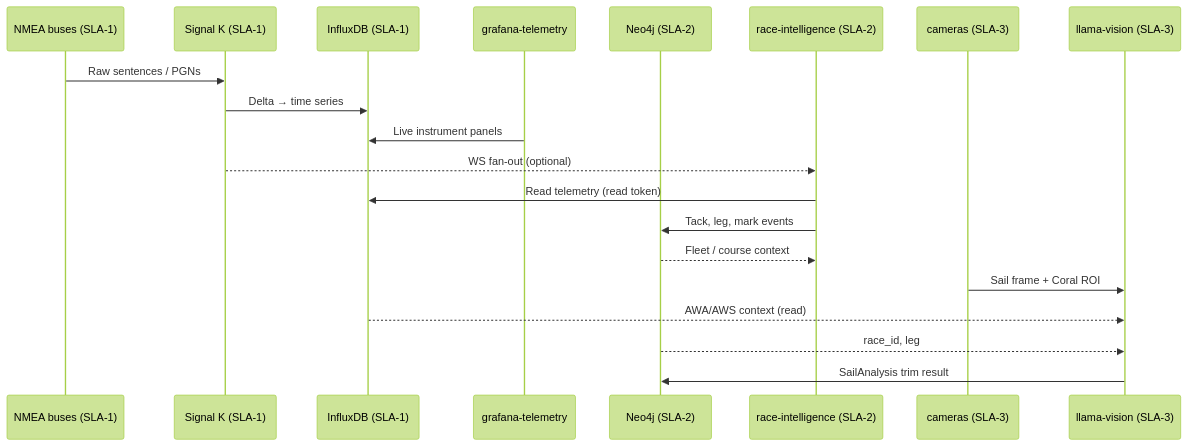
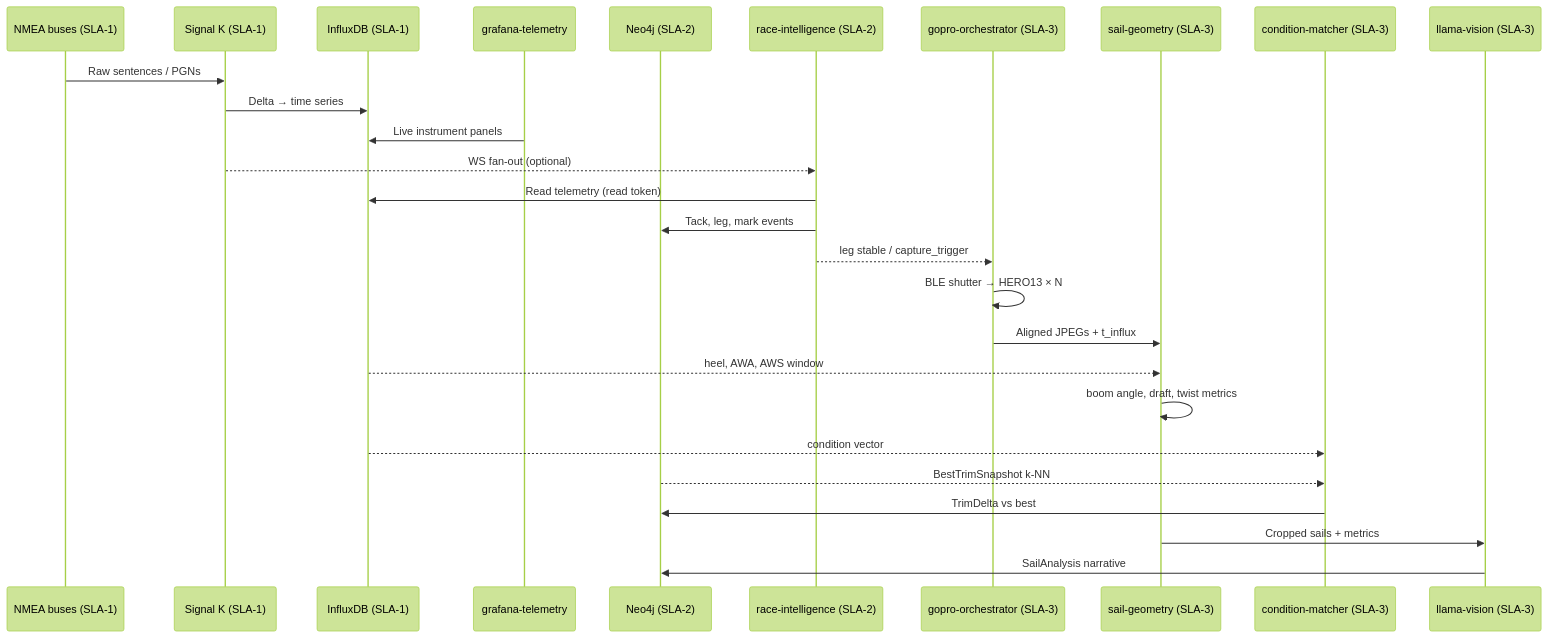
Before and after one commit to cognite-fholm/AI-sailing-system: the fifth of 12 diagrams in spec.md, drawn with Mermaid (forest theme). The commit also changed other lines of this file and 3 other files, not shown here.

First line of the commit message:
Specify GoPro HERO13 fleet capture and onshore TrimTransformer training.

````diff
--- a/spec.md
+++ b/spec.md
@@ -410,25 +436,32 @@
 ```mermaid
 sequenceDiagram
     participant N2K as NMEA buses (SLA-1)
     participant SK as Signal K (SLA-1)
     participant IFX as InfluxDB (SLA-1)
     participant G1 as grafana-telemetry
     participant N4J as Neo4j (SLA-2)
     participant RACE as race-intelligence (SLA-2)
-    participant CAM as cameras (SLA-3)
+    participant GOPRO as gopro-orchestrator (SLA-3)
+    participant GEO as sail-geometry (SLA-3)
+    participant MATCH as condition-matcher (SLA-3)
     participant VLLM as llama-vision (SLA-3)
 
     N2K->>SK: Raw sentences / PGNs
     SK->>IFX: Delta → time series
     G1->>IFX: Live instrument panels
 
     SK-->>RACE: WS fan-out (optional)
     RACE->>IFX: Read telemetry (read token)
     RACE->>N4J: Tack, leg, mark events
-    N4J-->>RACE: Fleet / course context
 
-    CAM->>VLLM: Sail frame + Coral ROI
-    IFX-->>VLLM: AWA/AWS context (read)
-    N4J-->>VLLM: race_id, leg
-    VLLM->>N4J: SailAnalysis trim result
+    RACE-->>GOPRO: leg stable / capture_trigger
+    GOPRO->>GOPRO: BLE shutter → HERO13 × N
+    GOPRO->>GEO: Aligned JPEGs + t_influx
+    IFX-->>GEO: heel, AWA, AWS window
+    GEO->>GEO: boom angle, draft, twist metrics
+    IFX-->>MATCH: condition vector
+    N4J-->>MATCH: BestTrimSnapshot k-NN
+    MATCH->>N4J: TrimDelta vs best
+    GEO->>VLLM: Cropped sails + metrics
+    VLLM->>N4J: SailAnalysis narrative
 ```
````
